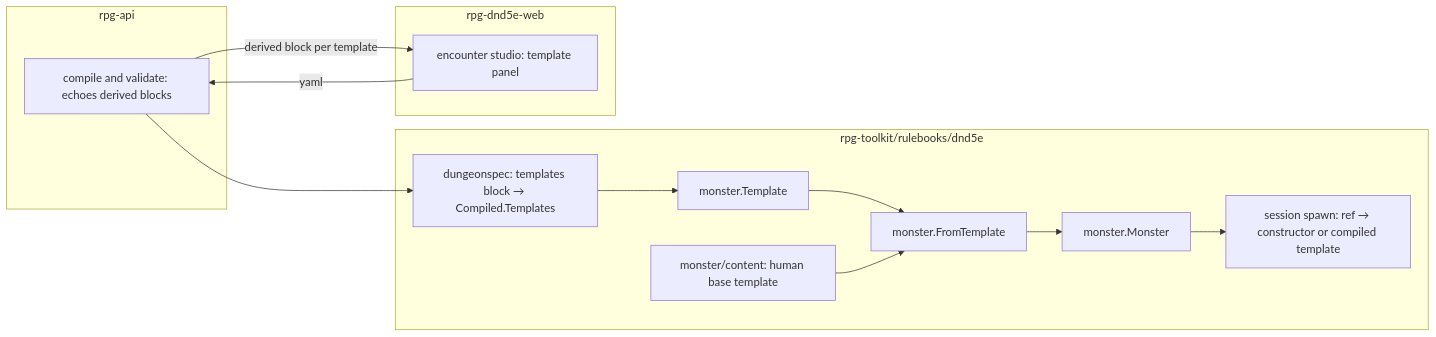
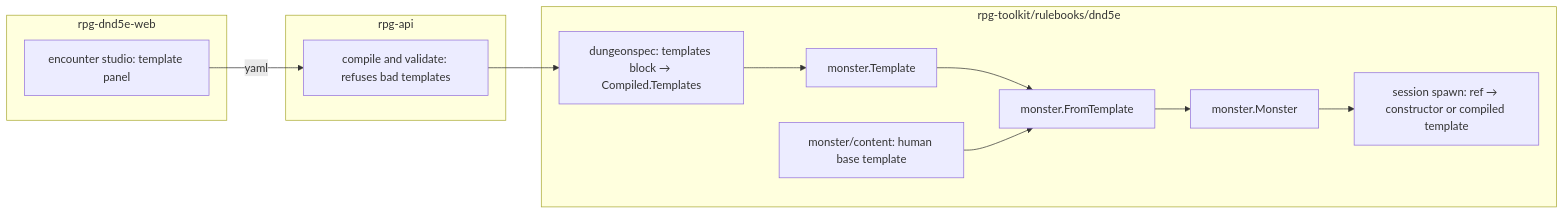
The diagram in ideas/stat-block/README.md (KirkDiggler/rpg-project), drawn with Mermaid before and after one commit. The commit also changed other lines of this file and 2 other files, not shown here.

First line of the commit message:
design: stat blocks — R7 retires the authoring echo; a block authors like a table (#555)

````diff
--- a/ideas/stat-block/README.md
+++ b/ideas/stat-block/README.md
@@ -16,20 +16,19 @@
 ```mermaid
 flowchart LR
     subgraph rpg-toolkit/rulebooks/dnd5e
         H[monster/content: human base template]
         T[monster.Template]
         F[monster.FromTemplate]
         M[monster.Monster]
         D[dungeonspec: templates block → Compiled.Templates]
         S[session spawn: ref → constructor or compiled template]
     end
     subgraph rpg-api
-        C[compile and validate: echoes derived blocks]
+        C[compile and validate: refuses bad templates]
     end
     subgraph rpg-dnd5e-web
         P[encounter studio: template panel]
     end
     P -->|yaml| C --> D --> T --> F --> M --> S
     H --> F
-    C -->|derived block per template| P
 ```
````
